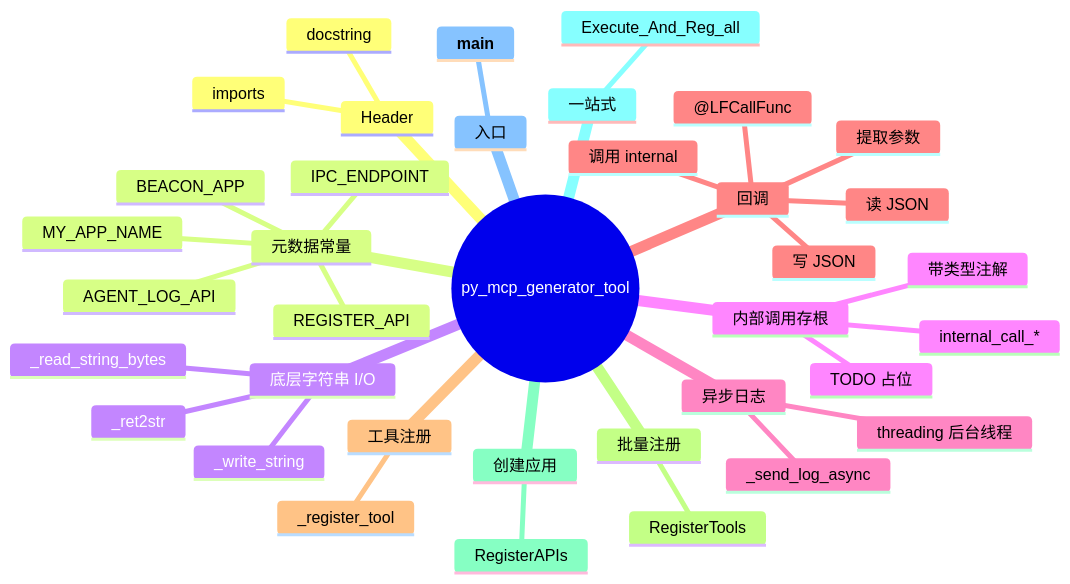
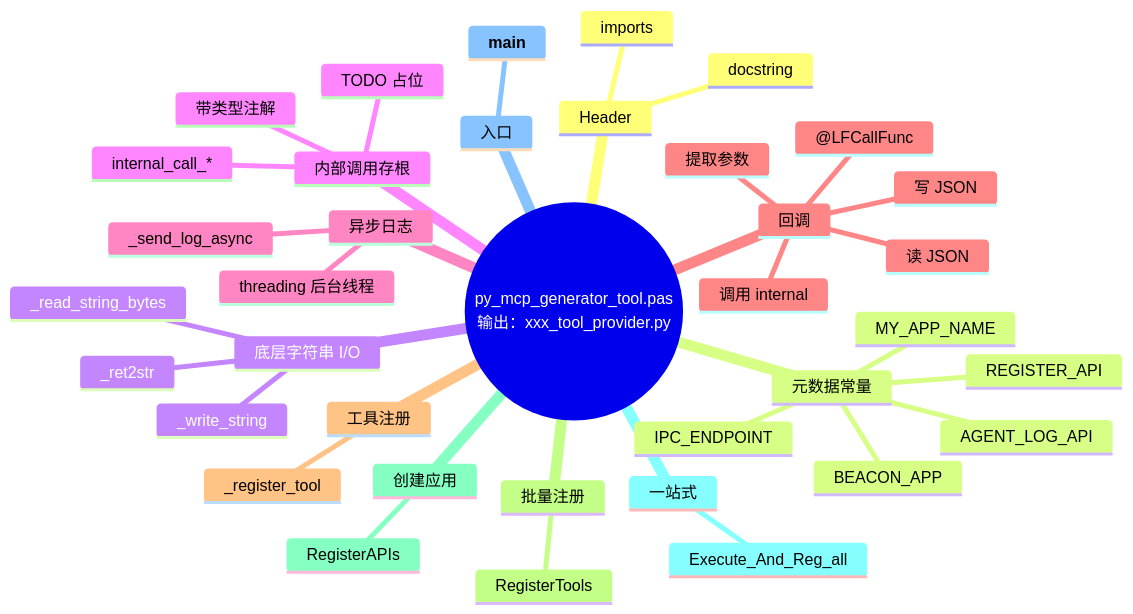
The sixth of 46 diagrams in code_generate_mcp.md (PassByYou888/LingoFuse-pasAgent-v3), drawn with Mermaid before and after one commit. The commit also changed other lines of this file, not shown here.

````diff
--- a/code_generate_mcp.md
+++ b/code_generate_mcp.md
@@ -231,40 +267,40 @@
 ```mermaid
 mindmap
-  root(("py_mcp_generator_tool"))
+  root(("py_mcp_generator_tool.pas<br/>输出：xxx_tool_provider.py"))
     Header
       docstring
       imports
     元数据常量
       MY_APP_NAME
       IPC_ENDPOINT
       BEACON_APP
       REGISTER_API
       AGENT_LOG_API
     底层字符串 I/O
       _write_string
       _read_string_bytes
       _ret2str
     内部调用存根
       internal_call_*
       带类型注解
       TODO 占位
     异步日志
       _send_log_async
       threading 后台线程
     回调
       @LFCallFunc
       读 JSON
       提取参数
       调用 internal
       写 JSON
     工具注册
       _register_tool
     批量注册
       RegisterTools
     创建应用
       RegisterAPIs
     一站式
       Execute_And_Reg_all
     入口
       __main__
 ```
````
